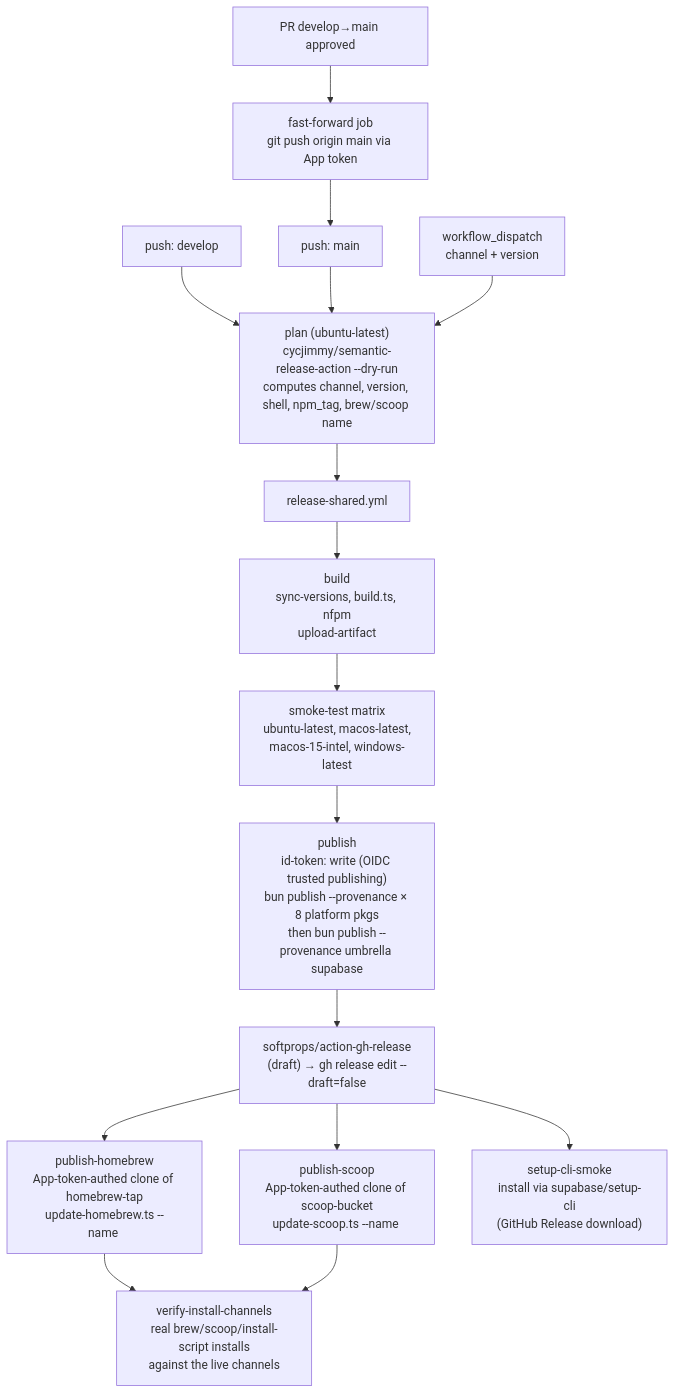
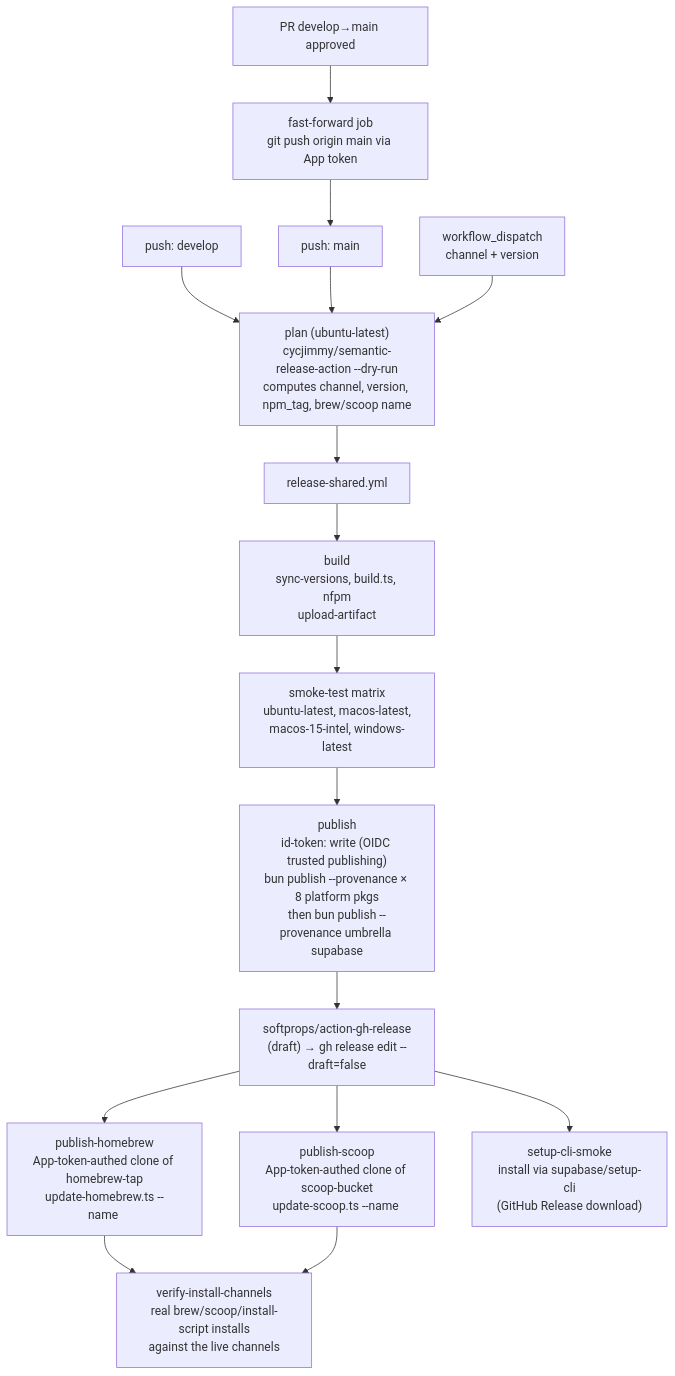
The second of 2 diagrams in apps/cli/docs/release-process.md (supabase/cli), drawn with Mermaid before and after one commit. The commit also changed other lines of this file and 153 other files, not shown here.

````diff
--- a/apps/cli/docs/release-process.md
+++ b/apps/cli/docs/release-process.md
@@ -225,22 +220,22 @@
 ```mermaid
 flowchart TD
     pushDev[push: develop] --> plan
     pushMain[push: main] --> plan
     pr[PR develop→main approved] --> ff[fast-forward job<br/>git push origin main via App token]
     ff --> pushMain
     dispatch[workflow_dispatch<br/>channel + version] --> plan
 
-    plan["plan (ubuntu-latest)<br/>cycjimmy/semantic-release-action --dry-run<br/>computes channel, version, shell, npm_tag, brew/scoop name"]
+    plan["plan (ubuntu-latest)<br/>cycjimmy/semantic-release-action --dry-run<br/>computes channel, version, npm_tag, brew/scoop name"]
     plan --> shared
 
     shared["release-shared.yml"]
     shared --> build["build<br/>sync-versions, build.ts, nfpm<br/>upload-artifact"]
     build --> smoke["smoke-test matrix<br/>ubuntu-latest, macos-latest,<br/>macos-15-intel, windows-latest"]
     smoke --> pub["publish<br/>id-token: write (OIDC trusted publishing)<br/>bun publish --provenance × 8 platform pkgs<br/>then bun publish --provenance umbrella supabase"]
     pub --> rel["softprops/action-gh-release<br/>(draft) → gh release edit --draft=false"]
     rel --> hb["publish-homebrew<br/>App-token-authed clone of homebrew-tap<br/>update-homebrew.ts --name <brew_name>"]
     rel --> sc["publish-scoop<br/>App-token-authed clone of scoop-bucket<br/>update-scoop.ts --name <scoop_name>"]
     rel --> sucs["setup-cli-smoke<br/>install via supabase/setup-cli<br/>(GitHub Release download)"]
     hb --> vic["verify-install-channels<br/>real brew/scoop/install-script installs<br/>against the live channels"]
     sc --> vic
 ```
````
